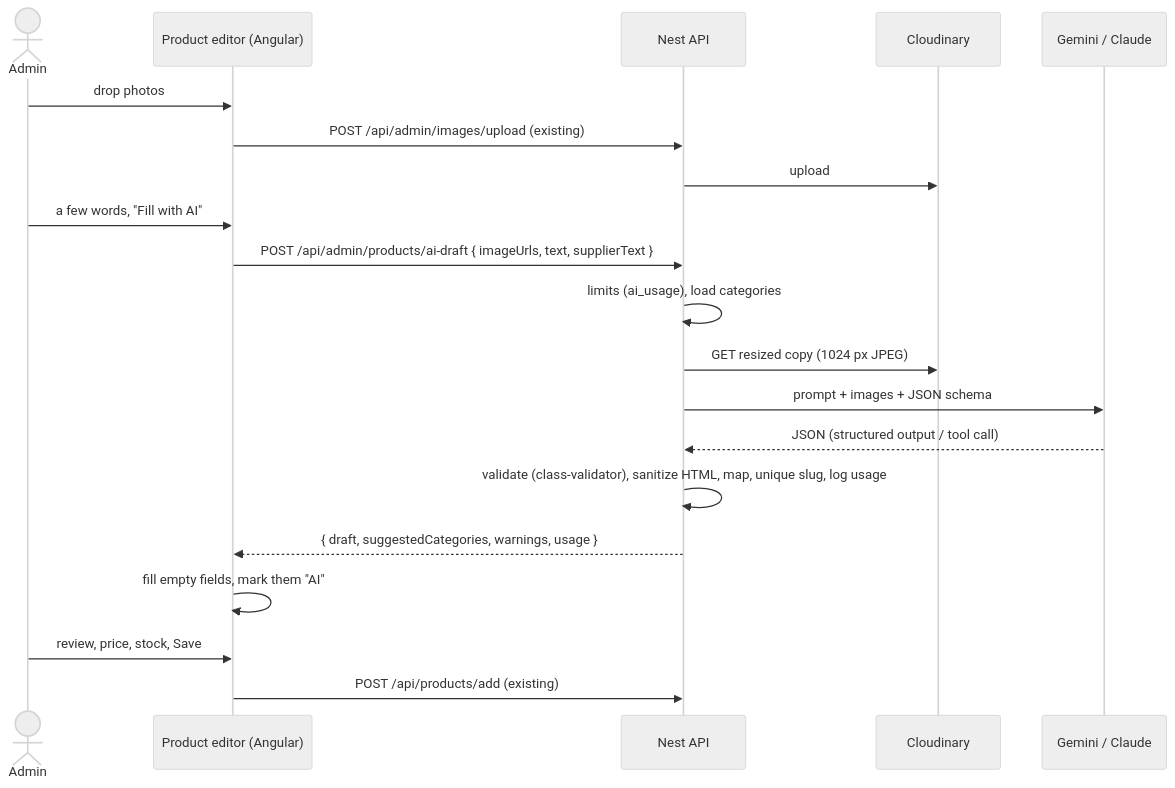
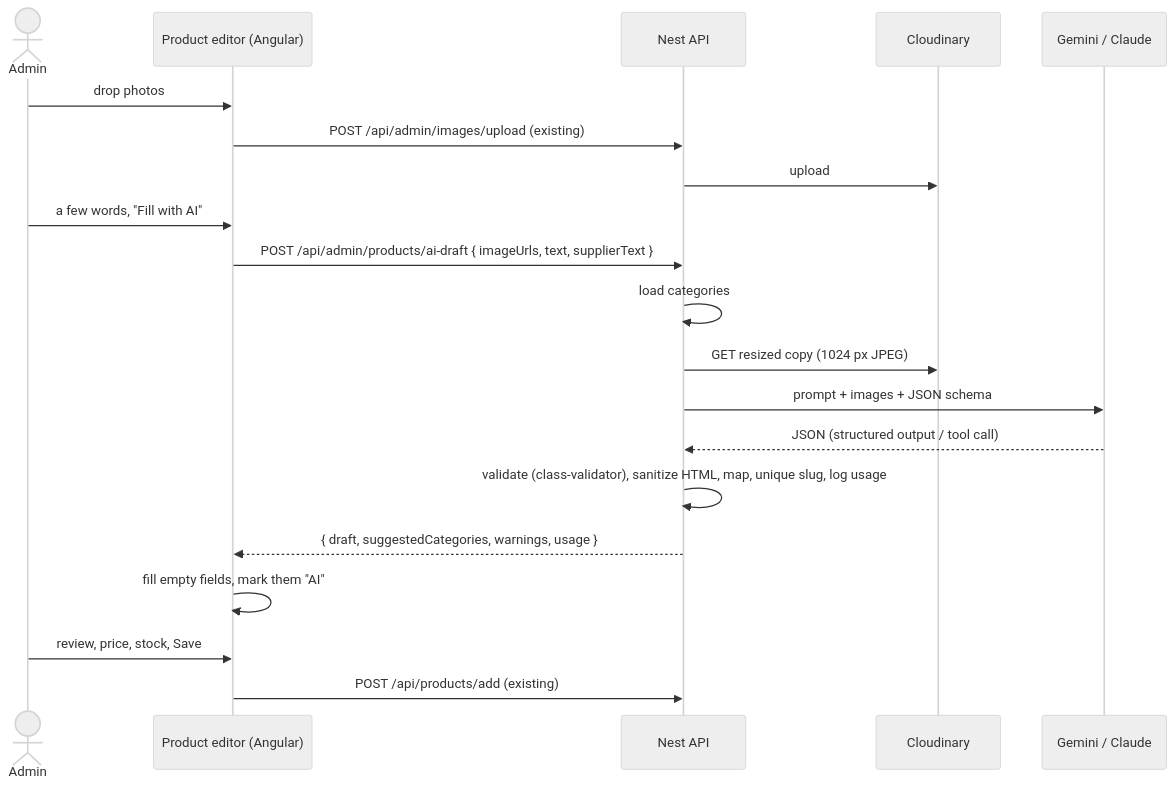
Before and after one commit to pararell/eshop_mean: the diagram in docs/ai.md, drawn with Mermaid (neutral theme). The commit also changed other lines of this file and 20 other files, not shown here.

````diff
--- a/docs/ai.md
+++ b/docs/ai.md
@@ -14,22 +14,22 @@
 ```mermaid
 sequenceDiagram
   actor Admin
   participant Editor as Product editor (Angular)
   participant API as Nest API
   participant CDN as Cloudinary
   participant LLM as Gemini / Claude
   Admin->>Editor: drop photos
   Editor->>API: POST /api/admin/images/upload (existing)
   API->>CDN: upload
   Admin->>Editor: a few words, "Fill with AI"
   Editor->>API: POST /api/admin/products/ai-draft { imageUrls, text, supplierText }
-  API->>API: limits (ai_usage), load categories
+  API->>API: load categories
   API->>CDN: GET resized copy (1024 px JPEG)
   API->>LLM: prompt + images + JSON schema
   LLM-->>API: JSON (structured output / tool call)
   API->>API: validate (class-validator), sanitize HTML, map, unique slug, log usage
   API-->>Editor: { draft, suggestedCategories, warnings, usage }
   Editor->>Editor: fill empty fields, mark them "AI"
   Admin->>Editor: review, price, stock, Save
   Editor->>API: POST /api/products/add (existing)
 ```
````
